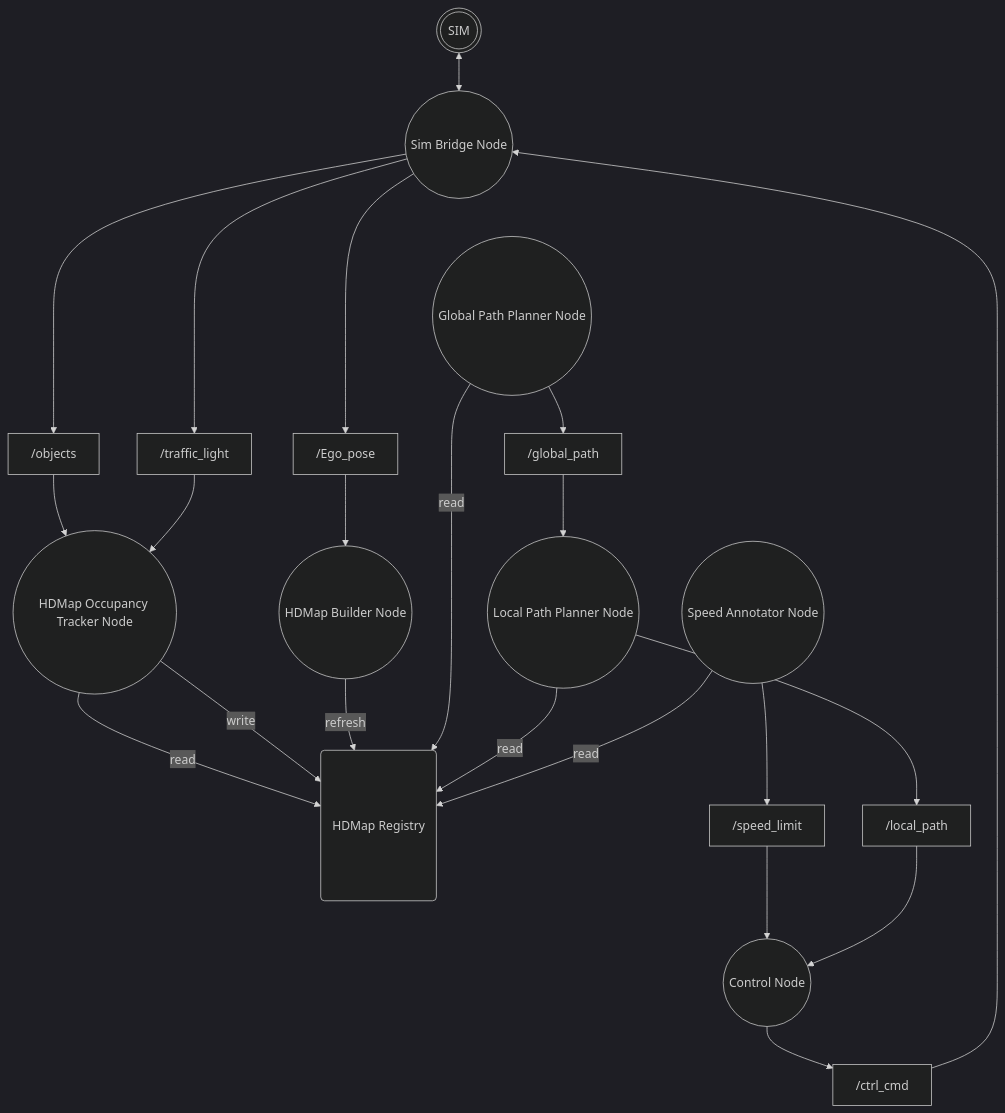
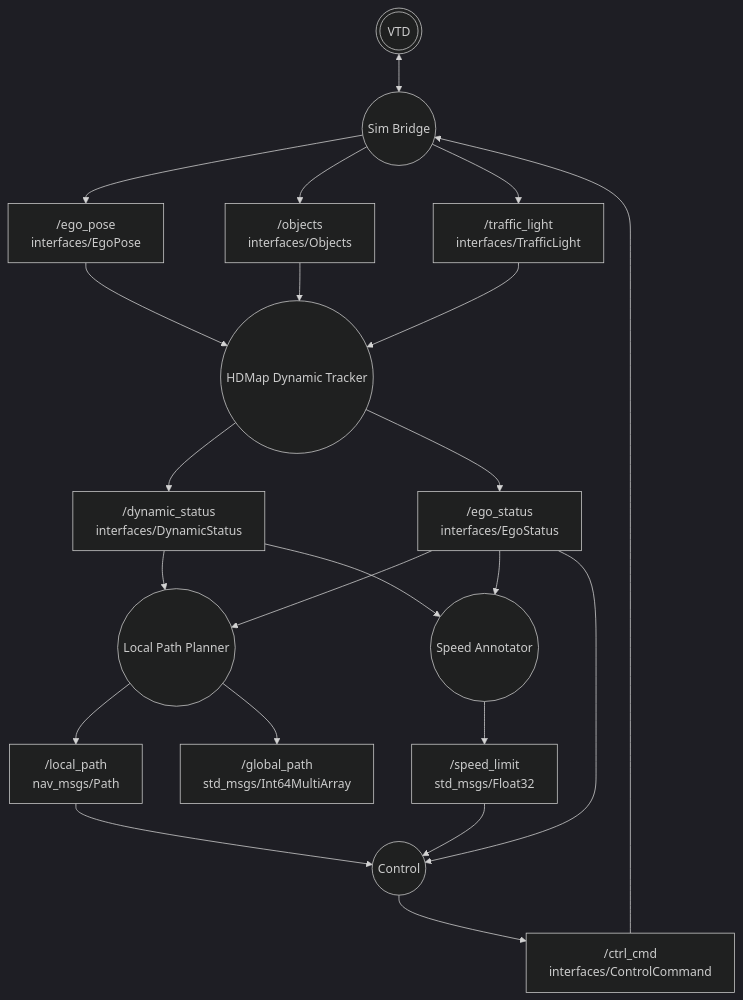
Before and after one commit to Team-Stier/HL-FMA2026-sim-stier: the first of 4 diagrams in README.md, drawn with Mermaid (dark theme). The commit also changed other lines of this file and 14 other files, not shown here.

````diff
--- a/README.md
+++ b/README.md
@@ -56,48 +126,24 @@
 ```mermaid
 flowchart TD
-    SIM((("SIM")))
-    BRIDGE(("Sim Bridge Node"))
-    BUILDER(("HDMap Builder Node"))
-    TRACK(("HDMap Occupancy Tracker Node"))
-    REG("<br><br><br>HDMap Registry<br><br><br><br>")
-    GLOB(("Global Path Planner Node"))
-    LOC(("Local Path Planner Node"))
-    SPD(("Speed Annotator Node"))
-    CTRL(("Control Node"))
-
-    POSE["/Ego_pose"]
-    OBJS["/objects"]
-    TL["/traffic_light"]
-    GPATH["/global_path"]
-    LPATH["/local_path"]
-    SPDLIM["/speed_limit"]
-    CMD["/ctrl_cmd"]
-
-    BRIDGE ~~~ GLOB
-    BRIDGE ~~~ SPD
-
-    SIM <--> BRIDGE
-    BRIDGE --> POSE
-    BRIDGE --> OBJS
-    BRIDGE --> TL
-    POSE --> BUILDER
+    SIM(((VTD))) <--> BRIDGE((Sim Bridge))
+    BRIDGE --> POSE["/ego_pose<br/>interfaces/EgoPose"]
+    BRIDGE --> OBJS["/objects<br/>interfaces/Objects"]
+    BRIDGE --> TL["/traffic_light<br/>interfaces/TrafficLight"]
+    POSE --> TRACK((HDMap Dynamic Tracker))
     OBJS --> TRACK
     TL --> TRACK
-    GLOB --> GPATH
-    GPATH --> LOC
-    LOC --> LPATH
-    SPD --> SPDLIM
-    SPDLIM --> CTRL
-    LPATH --> CTRL
-    
-    CTRL --> CMD
+    TRACK --> DSTAT["/dynamic_status<br/>interfaces/DynamicStatus"]
+    TRACK --> ESTAT["/ego_status<br/>interfaces/EgoStatus"]
+    DSTAT --> LOC((Local Path Planner))
+    DSTAT --> SPD((Speed Annotator))
+    ESTAT --> LOC
+    ESTAT --> SPD
+    ESTAT --> CTRL((Control))
+    LOC --> PATH["/local_path<br/>nav_msgs/Path"]
+    LOC --> GLOBAL["/global_path<br/>std_msgs/Int64MultiArray"]
+    SPD --> CAP["/speed_limit<br/>std_msgs/Float32"]
+    PATH --> CTRL
+    CAP --> CTRL
+    CTRL --> CMD["/ctrl_cmd<br/>interfaces/ControlCommand"]
     CMD --> BRIDGE
-
-    TRACK -->|read|REG
-    TRACK -->|write|REG
-    BUILDER -->|refresh|REG
-    GLOB -->|read|REG
-    LOC --> |read|REG
-    SPD -->|read|REG
-
 ```
````
